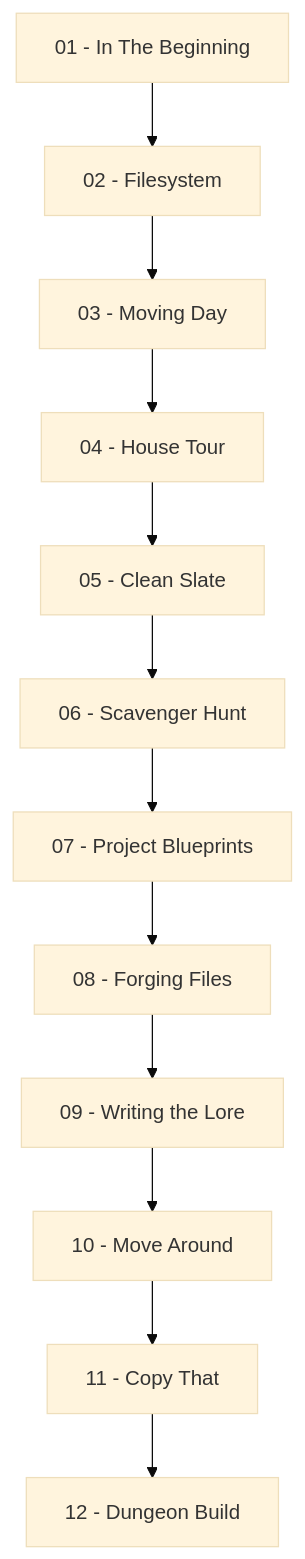
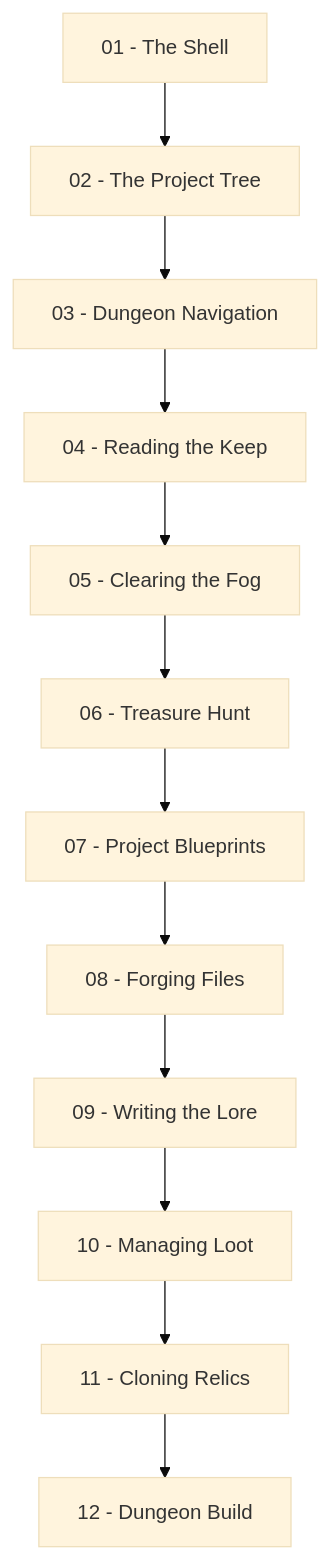
One commit to alanfabzlab/Developer-Knowledge-Base changed the diagram in 🖥️ Command Line/README.md. Above: the diagram before and after it, drawn with Mermaid (base theme). The commit also changed other lines of this file and 29 other files, not shown here.

````diff
--- a/🖥️ Command Line/README.md
+++ b/🖥️ Command Line/README.md
@@ -79,14 +79,14 @@
 ```mermaid
 flowchart TD
-    A[01 - In The Beginning] --> B[02 - Filesystem]
-    B --> C[03 - Moving Day]
-    C --> D[04 - House Tour]
-    D --> E[05 - Clean Slate]
-    E --> F[06 - Scavenger Hunt]
+    A[01 - The Shell] --> B[02 - The Project Tree]
+    B --> C[03 - Dungeon Navigation]
+    C --> D[04 - Reading the Keep]
+    D --> E[05 - Clearing the Fog]
+    E --> F[06 - Treasure Hunt]
     F --> G[07 - Project Blueprints]
     G --> H[08 - Forging Files]
     H --> I[09 - Writing the Lore]
-    I --> J[10 - Move Around]
-    J --> K[11 - Copy That]
+    I --> J[10 - Managing Loot]
+    J --> K[11 - Cloning Relics]
     K --> L[12 - Dungeon Build]
 ```
````
